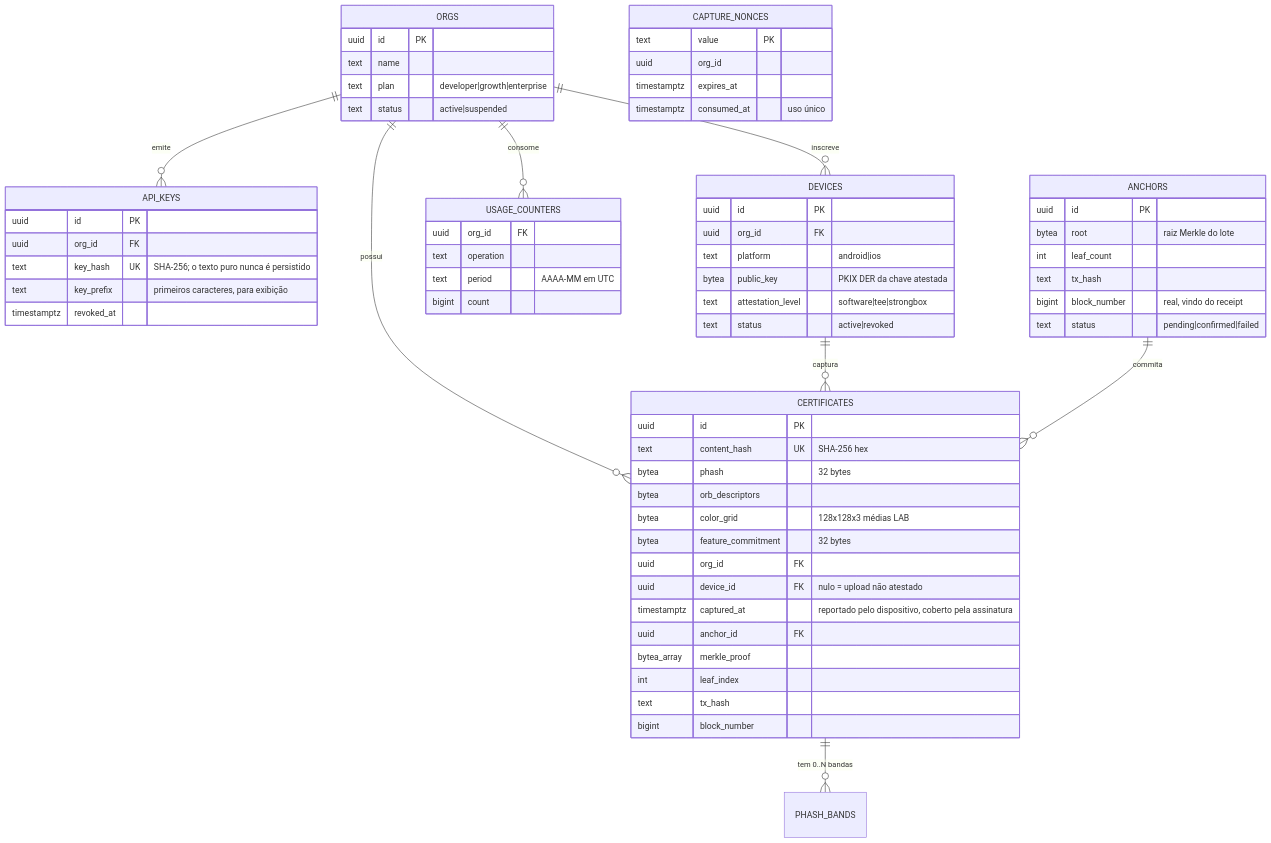
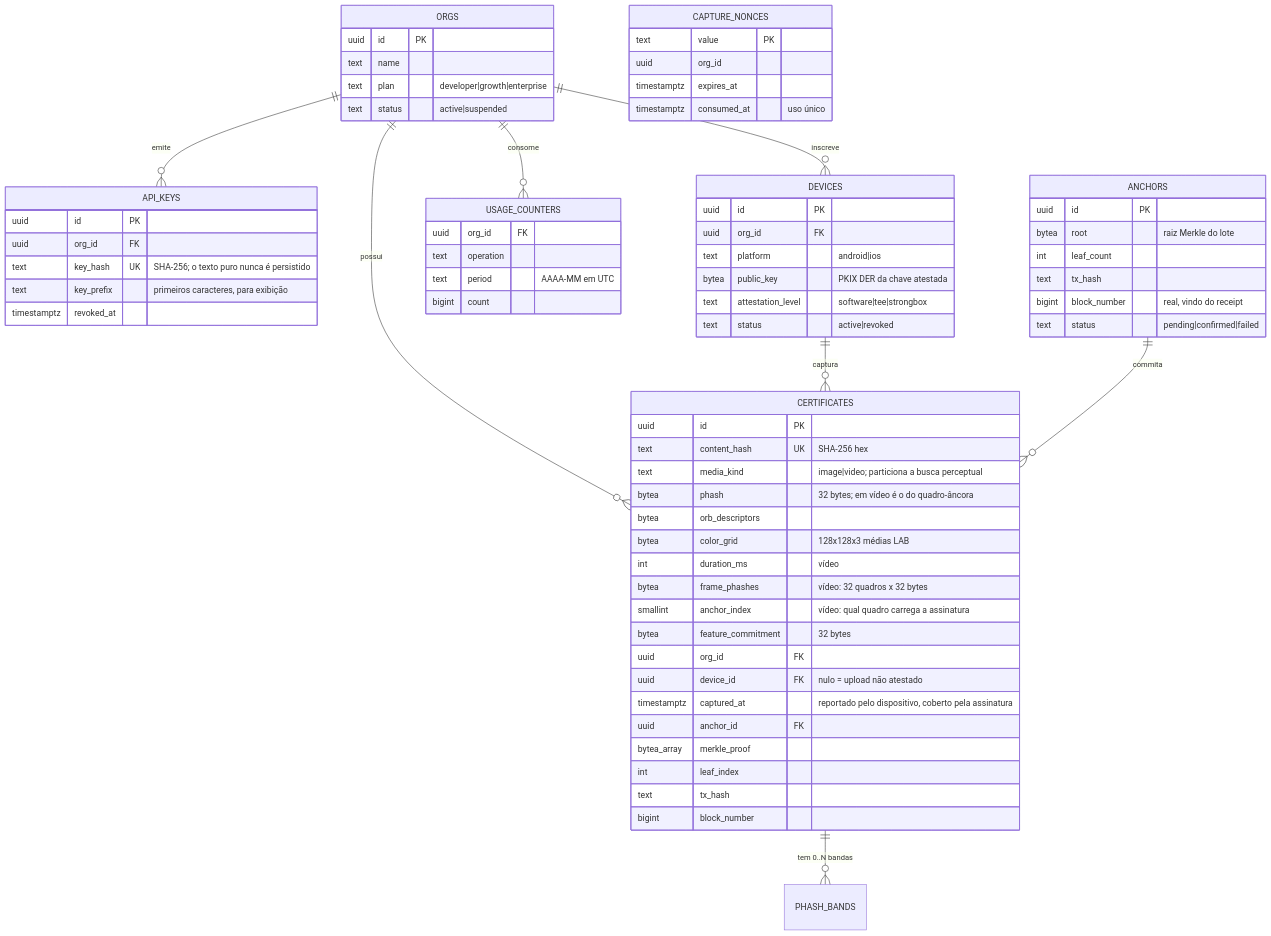
Before and after one commit to waizbart/aletheia-api: the third of 5 diagrams in docs/ARCHITECTURE.md, drawn with Mermaid. The commit also changed other lines of this file and 55 other files, not shown here.

````diff
--- a/docs/ARCHITECTURE.md
+++ b/docs/ARCHITECTURE.md
@@ -107,68 +107,72 @@
 ```mermaid
 erDiagram
     ORGS ||--o{ API_KEYS : "emite"
     ORGS ||--o{ DEVICES : "inscreve"
     ORGS ||--o{ USAGE_COUNTERS : "consome"
     ORGS ||--o{ CERTIFICATES : "possui"
     DEVICES ||--o{ CERTIFICATES : "captura"
     ANCHORS ||--o{ CERTIFICATES : "commita"
     CERTIFICATES ||--o{ PHASH_BANDS : "tem 0..N bandas"
 
     ORGS {
         uuid id PK
         text name
         text plan "developer|growth|enterprise"
         text status "active|suspended"
     }
     API_KEYS {
         uuid id PK
         uuid org_id FK
         text key_hash UK "SHA-256; o texto puro nunca é persistido"
         text key_prefix "primeiros caracteres, para exibição"
         timestamptz revoked_at
     }
     DEVICES {
         uuid id PK
         uuid org_id FK
         text platform "android|ios"
         bytea public_key "PKIX DER da chave atestada"
         text attestation_level "software|tee|strongbox"
         text status "active|revoked"
     }
     CAPTURE_NONCES {
         text value PK
         uuid org_id
         timestamptz expires_at
         timestamptz consumed_at "uso único"
     }
     CERTIFICATES {
         uuid id PK
         text content_hash UK "SHA-256 hex"
-        bytea phash "32 bytes"
+        text media_kind "image|video; particiona a busca perceptual"
+        bytea phash "32 bytes; em vídeo é o do quadro-âncora"
         bytea orb_descriptors
         bytea color_grid "128x128x3 médias LAB"
+        int duration_ms "vídeo"
+        bytea frame_phashes "vídeo: 32 quadros x 32 bytes"
+        smallint anchor_index "vídeo: qual quadro carrega a assinatura"
         bytea feature_commitment "32 bytes"
         uuid org_id FK
         uuid device_id FK "nulo = upload não atestado"
         timestamptz captured_at "reportado pelo dispositivo, coberto pela assinatura"
         uuid anchor_id FK
         bytea_array merkle_proof
         int leaf_index
         text tx_hash
         bigint block_number
     }
     ANCHORS {
         uuid id PK
         bytea root "raiz Merkle do lote"
         int leaf_count
         text tx_hash
         bigint block_number "real, vindo do receipt"
         text status "pending|confirmed|failed"
     }
     USAGE_COUNTERS {
         uuid org_id FK
         text operation
         text period "AAAA-MM em UTC"
         bigint count
     }
 ```
````
